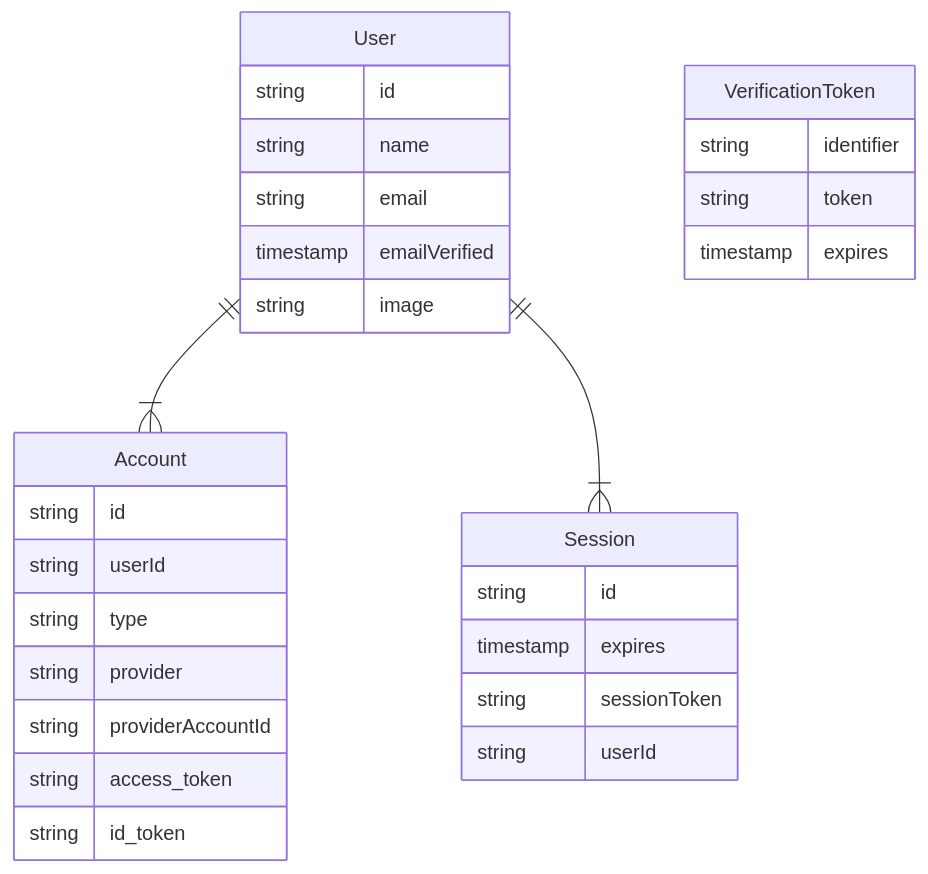
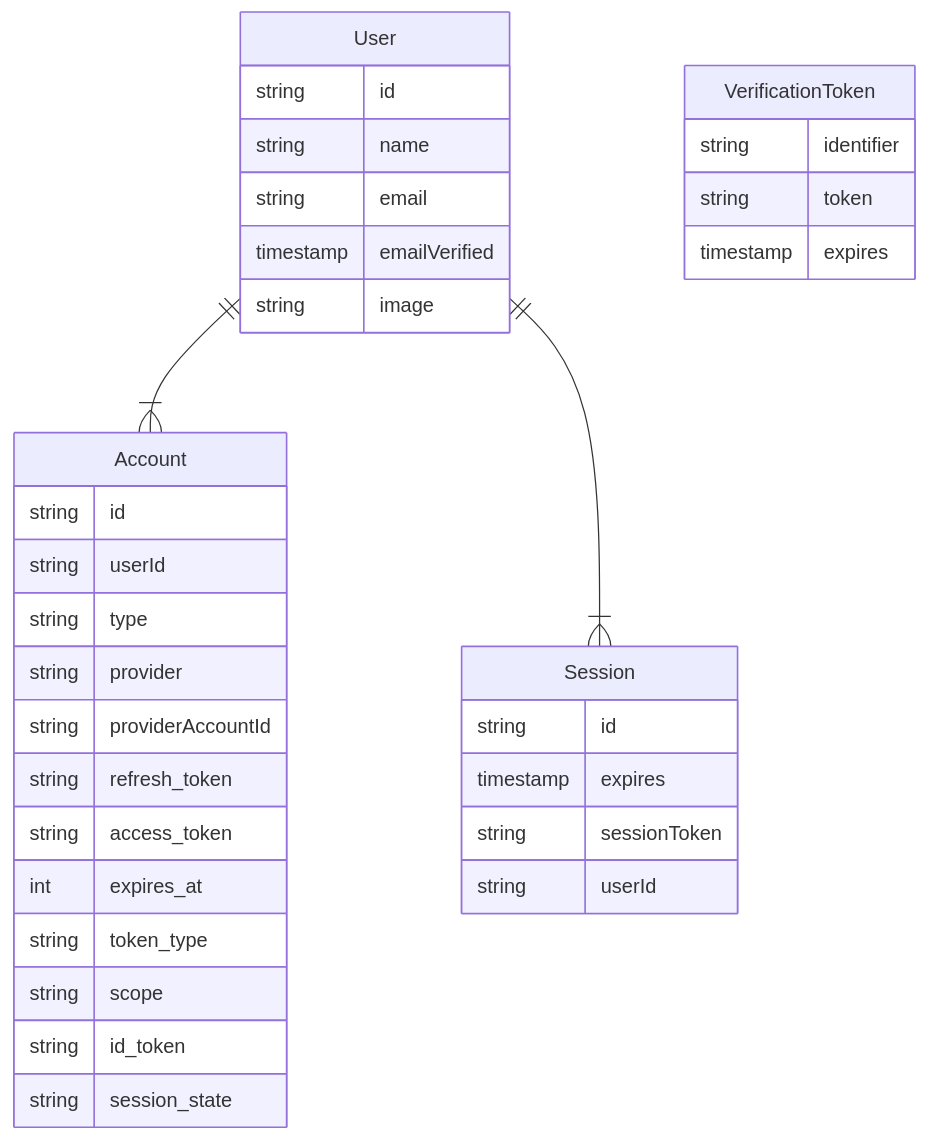
One commit to StronglyTypedSoul/sdopsdfpp-sdf-sd-sd changed the diagram in docs/docs/reference/adapters/index.md. Above: the diagram before and after it, drawn with Mermaid. The commit also changed other lines of this file and 5 other files, not shown here.

````diff
--- a/docs/docs/reference/adapters/index.md
+++ b/docs/docs/reference/adapters/index.md
@@ -76,32 +76,37 @@
 ```mermaid
 erDiagram
     User ||--|{ Account : ""
     User {
       string id
       string name
       string email
       timestamp emailVerified
       string image
     }
     User ||--|{ Session : ""
     Session {
       string id
       timestamp expires
       string sessionToken
       string userId
     }
     Account {
       string id
       string userId
       string type
       string provider
       string providerAccountId
+      string refresh_token
       string access_token
+      int expires_at
+      string token_type
+      string scope
       string id_token
+      string session_state
     }
     VerificationToken {
       string identifier
       string token
       timestamp expires
     }
 ```
````
